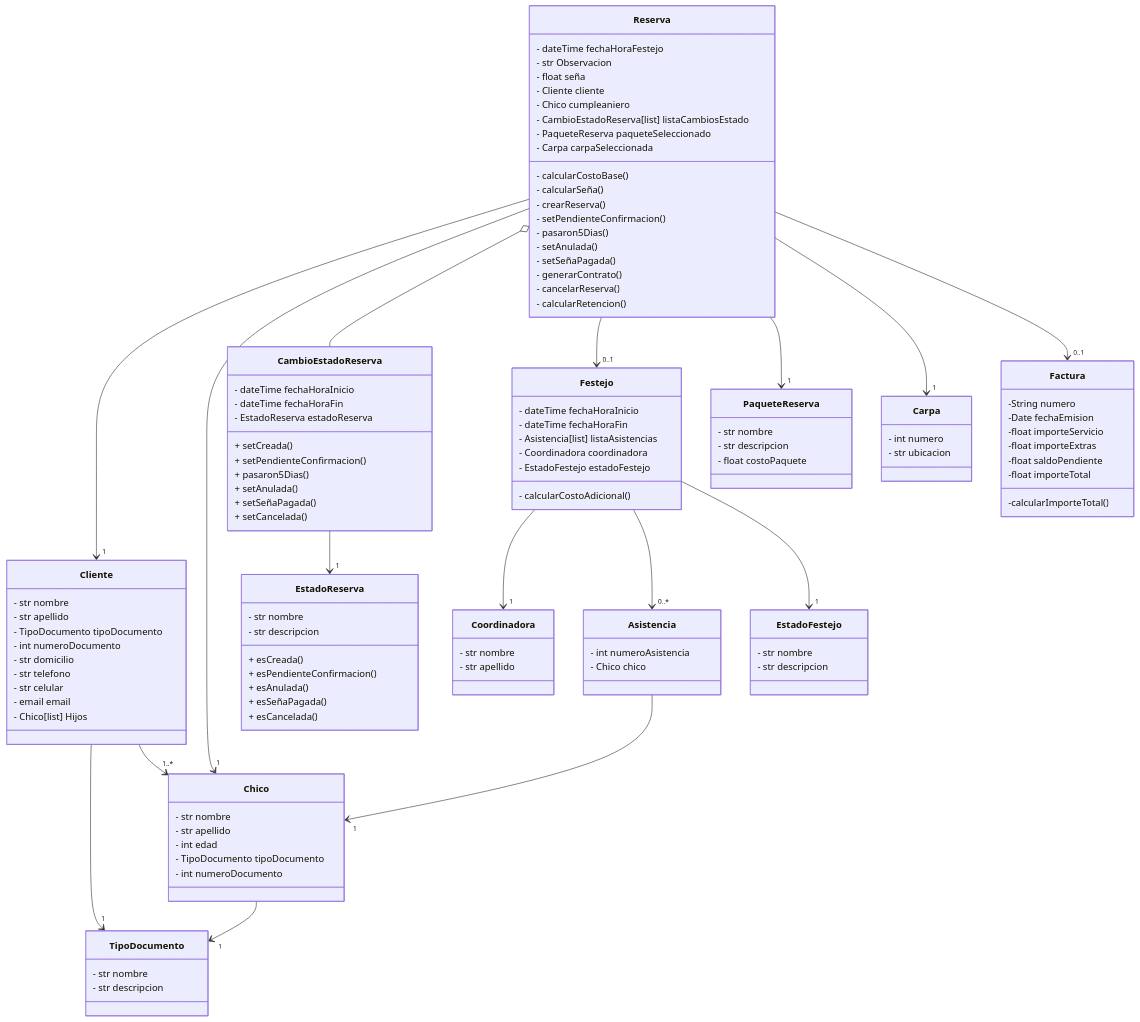
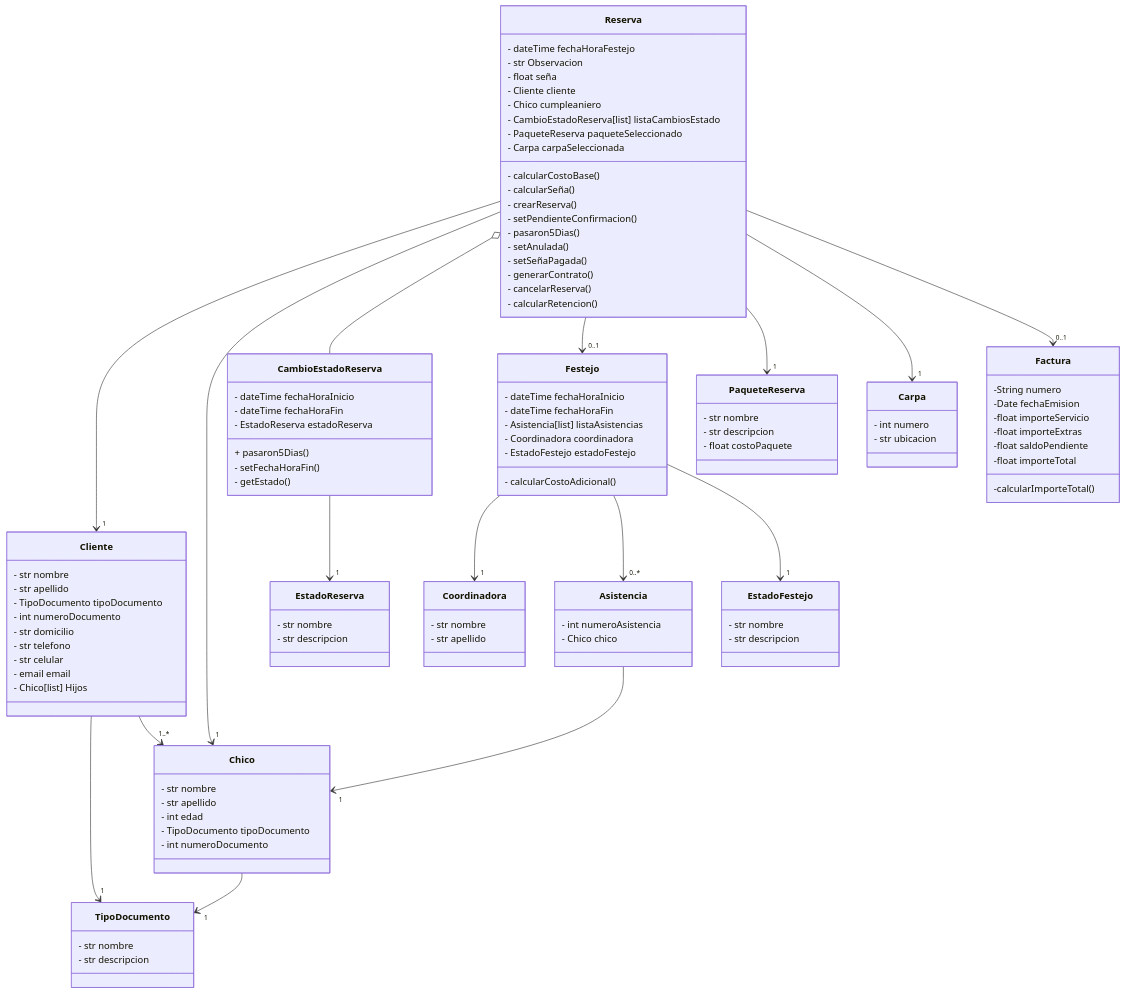
Before and after one commit to Villada-PG2/trabajo-practico-integrador-fiestas-infantiles: the diagram in Diagrama_clases.mmd, drawn with Mermaid. The commit also changed 1 other file, not shown here.

Commit message:
Se eliminaron metodos del diagrama de clases y se agregaron estado Reserva y cambioEstadoReserva a models.py

```diff
--- a/Diagrama_clases.mmd
+++ b/Diagrama_clases.mmd
@@ -1,131 +1,123 @@
 classDiagram
 
     Reserva -->"1" Cliente
     Reserva -->"1" Chico
     Cliente -->"1" TipoDocumento
     Chico -->"1" TipoDocumento
     Cliente -->"1..*" Chico
     Reserva o-- CambioEstadoReserva
     CambioEstadoReserva -->"1" EstadoReserva
     Reserva -->"0..1" Festejo
     Festejo -->"1" Coordinadora
     Festejo -->"0..*" Asistencia
     Festejo -->"1" EstadoFestejo
     Reserva -->"1" PaqueteReserva
     Reserva -->"1" Carpa
     Reserva -->"0..1" Factura
     Asistencia -->"1" Chico
 
 
     class Festejo {
         - dateTime fechaHoraInicio
         - dateTime fechaHoraFin
         - Asistencia[list] listaAsistencias
         - Coordinadora coordinadora
         - EstadoFestejo estadoFestejo
         - calcularCostoAdicional()
     }
 
     class Coordinadora {
         - str nombre
         - str apellido
     }
 
     class EstadoFestejo {
         - str nombre
         - str descripcion
     }
 
     class Chico {
         - str nombre
         - str apellido
         - int edad
         - TipoDocumento tipoDocumento
         - int numeroDocumento
     }
 
     class Reserva {
         - dateTime fechaHoraFestejo
         - str Observacion
         - float seña
         - Cliente cliente
         - Chico cumpleaniero
         - CambioEstadoReserva[list] listaCambiosEstado
         - PaqueteReserva paqueteSeleccionado
         - Carpa carpaSeleccionada
 
         - calcularCostoBase()
         - calcularSeña()
         - crearReserva()
         - setPendienteConfirmacion()
         - pasaron5Dias()
         - setAnulada()
         - setSeñaPagada()
         - generarContrato()
         - cancelarReserva()
         - calcularRetencion()
     }
 
     class CambioEstadoReserva {
         - dateTime fechaHoraInicio
         - dateTime fechaHoraFin
         - EstadoReserva estadoReserva
-        + setCreada()
-        + setPendienteConfirmacion()
         + pasaron5Dias()
-        + setAnulada()
-        + setSeñaPagada()
-        + setCancelada()
+        - setFechaHoraFin()
+        - getEstado()
     }
 
     class EstadoReserva {
         - str nombre
         - str descripcion
-        + esCreada()
-        + esPendienteConfirmacion()
-        + esAnulada()
-        + esSeñaPagada()
-        + esCancelada()
     }
     class Carpa {
         - int numero
         - str ubicacion
     }
 
     class PaqueteReserva {
         - str nombre
         - str descripcion
         - float costoPaquete
     }
 
     class Cliente {
         - str nombre
         - str apellido
         - TipoDocumento tipoDocumento
         - int numeroDocumento
         - str domicilio
         - str telefono
         - str celular
         - email email
         - Chico[list] Hijos
     }
 
     class Asistencia {
         - int numeroAsistencia
         - Chico chico
     }
 
     class TipoDocumento{
         - str nombre
         - str descripcion
     }
 
     class Factura {
         -String numero
         -Date fechaEmision
         -float importeServicio
         -float importeExtras
         -float saldoPendiente
         -float importeTotal
         -calcularImporteTotal()
     }
```
